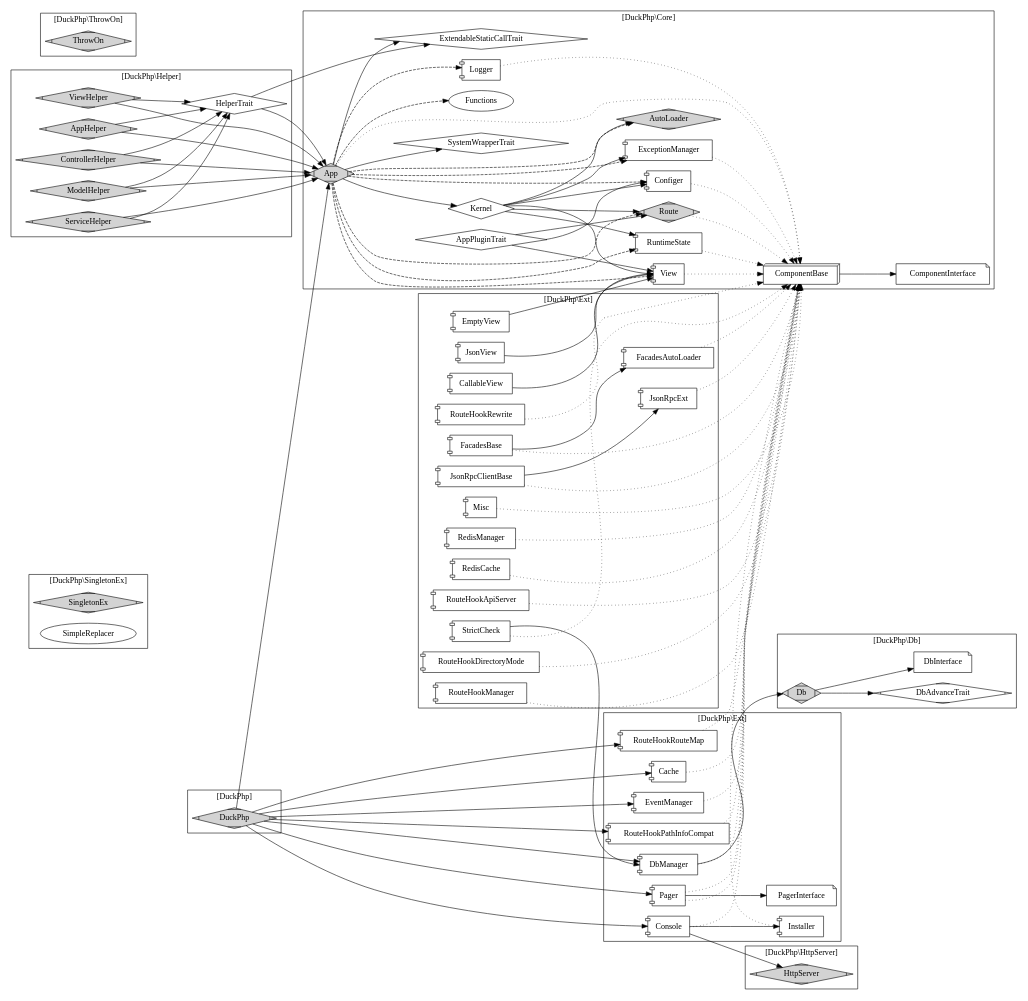
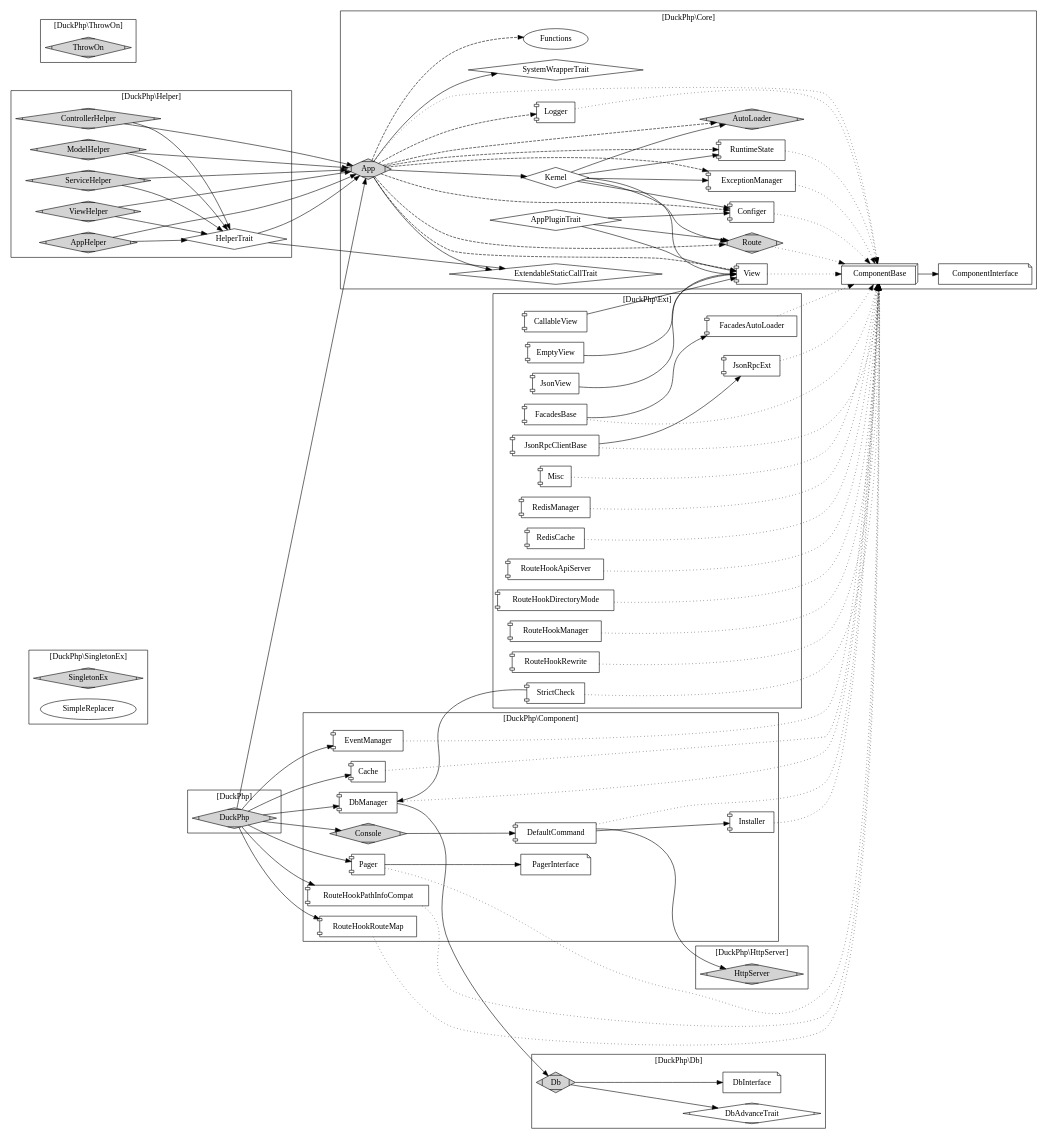
The diagram in doc/duckphp.gv (dvaknheo/duckphp), drawn with Graphviz before and after one commit. The commit also changed 4 other files, not shown here.

```diff
--- a/doc/duckphp.gv
+++ b/doc/duckphp.gv
@@ -111,11 +111,12 @@
     HttpServer [label="HttpServer";shape=Mdiamond;style=filled];
 }
 
-subgraph cluster_DefaultExt {
-    label = "[DuckPhp\\Ext]";
+subgraph cluster_Component {
+    label = "[DuckPhp\\Component]";
 
     Cache[shape="component"];
-    Console[shape="component"];
+    Console[shape=Mdiamond;style=filled];
+    DefaultCommand[shape="component"];
     DbManager[shape="component"];
     EventManager[shape="component"];
     Installer [shape="component"];
@@ -125,17 +126,17 @@
     RouteHookRouteMap[shape="component"];
 
     Cache -> Core_ComponentBase [style="dotted"];
-    Console -> Core_ComponentBase [style="dotted"];
+    DefaultCommand -> Core_ComponentBase [style="dotted"];
     DbManager -> Core_ComponentBase [style="dotted"];
     EventManager -> Core_ComponentBase [style="dotted"];
     Installer -> Core_ComponentBase [style="dotted"];
     Pager -> Core_ComponentBase [style="dotted"];
     RouteHookPathInfoCompat -> Core_ComponentBase [style="dotted"];
     RouteHookRouteMap -> Core_ComponentBase [style="dotted"];
-    
-    
-    Console -> Installer; 
-    Console -> HttpServer; 
+
+    Console -> DefaultCommand; 
+    DefaultCommand -> Installer; 
+    DefaultCommand -> HttpServer; 
     DbManager -> Db_Db;
 
     Pager -> PagerInterface; 
@@ -162,7 +163,6 @@
     FacadesAutoLoader -> Core_ComponentBase [style="dotted"];
     JsonRpcExt -> Core_ComponentBase [style="dotted"];
     Misc -> Core_ComponentBase [style="dotted"];
-    Pager -> Core_ComponentBase [style="dotted"];
     RedisManager -> Core_ComponentBase [style="dotted"];
     RedisCache -> Core_ComponentBase [style="dotted"];
     RouteHookApiServer -> Core_ComponentBase [style="dotted"];
```
